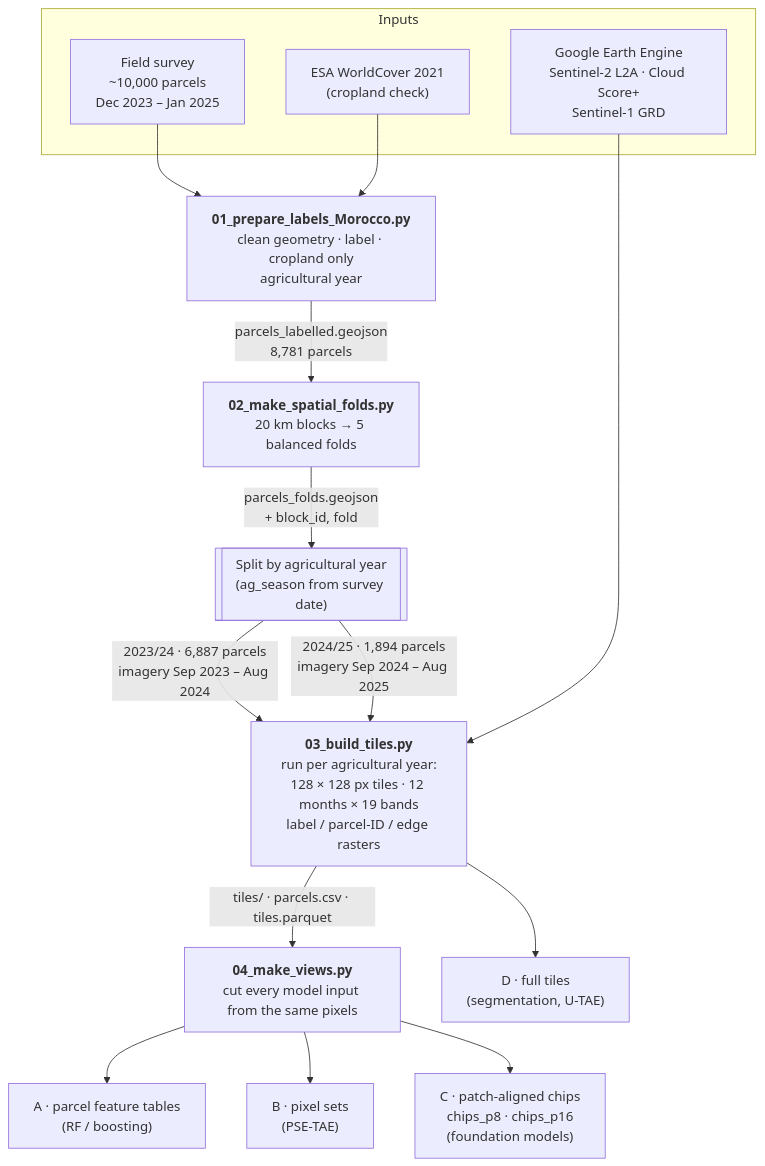
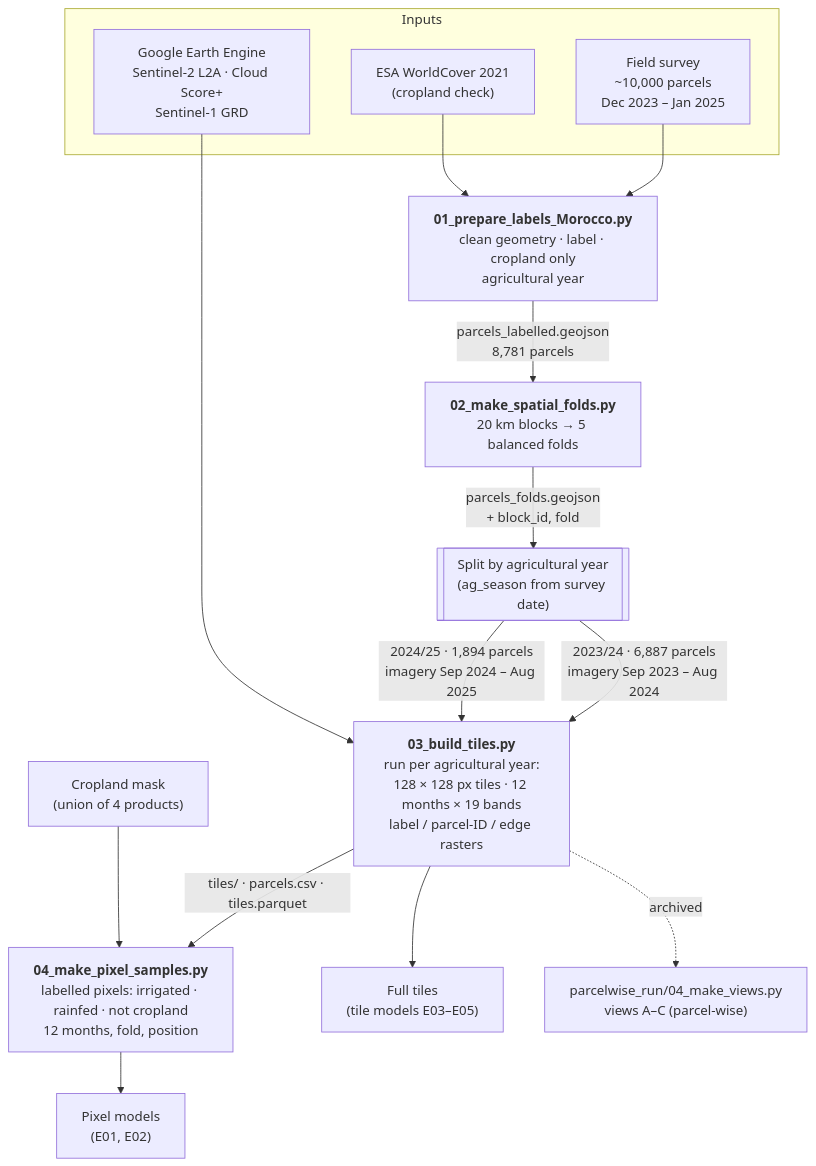
Before and after one commit to amanchry/irrimapping-geofm: the first of 10 diagrams in docs/phase1_data/morocco.md, drawn with Mermaid. The commit also changed other lines of this file and 56 other files, not shown here.

Commit message:
Docs updated to the pixel-wise study; parcel-wise pages archived Progress report, change log, week 2026-W47

````diff
--- a/docs/phase1_data/morocco.md
+++ b/docs/phase1_data/morocco.md
@@ -26,22 +33,22 @@
 ```mermaid
 flowchart TD
     subgraph IN["Inputs"]
         FS["Field survey<br/>~10,000 parcels<br/>Dec 2023 – Jan 2025"]
         WC["ESA WorldCover 2021<br/>(cropland check)"]
         GEE["Google Earth Engine<br/>Sentinel-2 L2A · Cloud Score+<br/>Sentinel-1 GRD"]
     end
 
     FS --> S01["<b>01_prepare_labels_Morocco.py</b><br/>clean geometry · label · cropland only<br/>agricultural year"]
     WC --> S01
     S01 -->|"parcels_labelled.geojson<br/>8,781 parcels"| S02["<b>02_make_spatial_folds.py</b><br/>20 km blocks → 5 balanced folds"]
     S02 -->|"parcels_folds.geojson<br/>+ block_id, fold"| SPLIT[["Split by agricultural year<br/>(ag_season from survey date)"]]
     SPLIT -->|"2023/24 · 6,887 parcels<br/>imagery Sep 2023 – Aug 2024"| S03["<b>03_build_tiles.py</b><br/>run per agricultural year:<br/>128 × 128 px tiles · 12 months × 19 bands<br/>label / parcel-ID / edge rasters"]
     SPLIT -->|"2024/25 · 1,894 parcels<br/>imagery Sep 2024 – Aug 2025"| S03
     GEE --> S03
-    S03 -->|"tiles/ · parcels.csv · tiles.parquet"| S04["<b>04_make_views.py</b><br/>cut every model input from the same pixels"]
-
-    S04 --> VA["A · parcel feature tables<br/>(RF / boosting)"]
-    S04 --> VB["B · pixel sets<br/>(PSE-TAE)"]
-    S04 --> VC["C · patch-aligned chips<br/>chips_p8 · chips_p16<br/>(foundation models)"]
-    S03 --> VD["D · full tiles<br/>(segmentation, U-TAE)"]
+    CM["Cropland mask<br/>(union of 4 products)"]
+    S03 -->|"tiles/ · parcels.csv · tiles.parquet"| S04["<b>04_make_pixel_samples.py</b><br/>labelled pixels: irrigated · rainfed · not cropland<br/>12 months, fold, position"]
+    CM --> S04
+    S04 --> PX["Pixel models<br/>(E01, E02)"]
+    S03 --> VD["Full tiles<br/>(tile models E03–E05)"]
+    S03 -.->|"archived"| S04A["parcelwise_run/04_make_views.py<br/>views A–C (parcel-wise)"]
 ```
````
